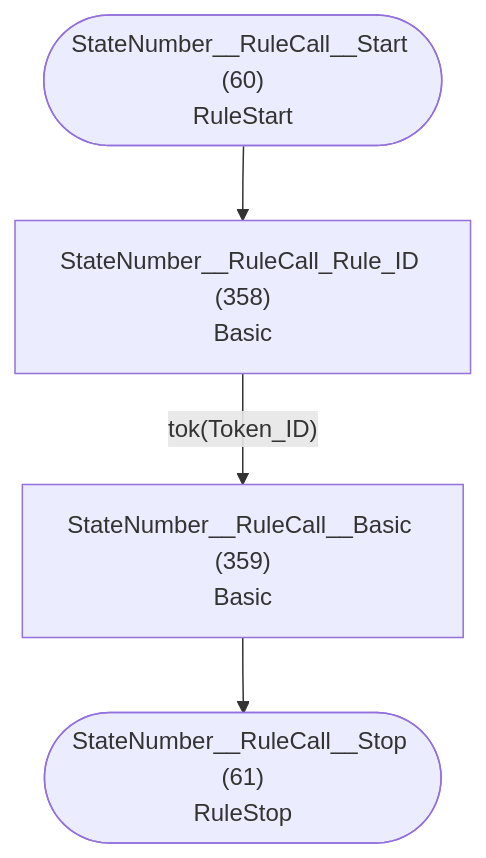
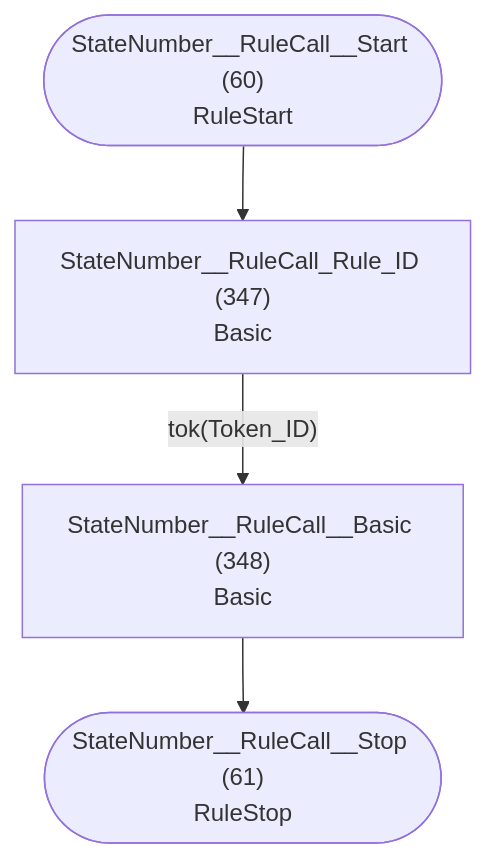
Diagram 31 of 36 in internal/grammar/atn.md (TypeFox/fastbelt), drawn with Mermaid before and after one commit. The commit also changed other lines of this file and 9 other files, not shown here.

````diff
--- a/internal/grammar/atn.md
+++ b/internal/grammar/atn.md
@@ -940,11 +915,11 @@
 ```mermaid
 flowchart TD
     q60(["StateNumber__RuleCall__Start (60)<br/>RuleStart"])
     q61(["StateNumber__RuleCall__Stop (61)<br/>RuleStop"])
-    q358["StateNumber__RuleCall_Rule_ID (358)<br/>Basic<br/>"]
-    q359["StateNumber__RuleCall__Basic (359)<br/>Basic<br/>"]
+    q347["StateNumber__RuleCall_Rule_ID (347)<br/>Basic<br/>"]
+    q348["StateNumber__RuleCall__Basic (348)<br/>Basic<br/>"]
 
-    q60 --> q358
-    q358 -->|"tok(Token_ID)"| q359
-    q359 --> q61
+    q60 --> q347
+    q347 -->|"tok(Token_ID)"| q348
+    q348 --> q61
 ```
````
